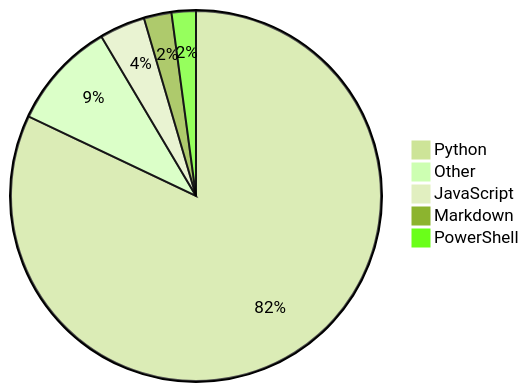
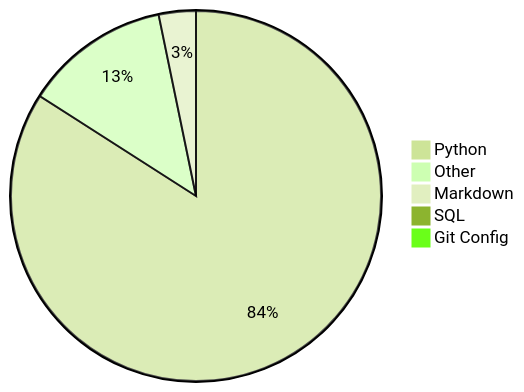
One commit to Alicia111/alicia111 changed the diagram in README.md. Above: the diagram before and after it, drawn with Mermaid (forest theme).

Commit message:
Update WakaTime stats (・ω・)b

````diff
--- a/README.md
+++ b/README.md
@@ -32,8 +32,8 @@
 ```mermaid
 pie
-    "Python" : 82.04
-    "Other" : 9.42
-    "JavaScript" : 3.99
-    "Markdown" : 2.41
-    "PowerShell" : 2.12
+    "Python" : 83.58
+    "Other" : 12.63
+    "Markdown" : 3.22
+    "SQL" : 0.56
+    "Git Config" : 0.01
 ```
````
